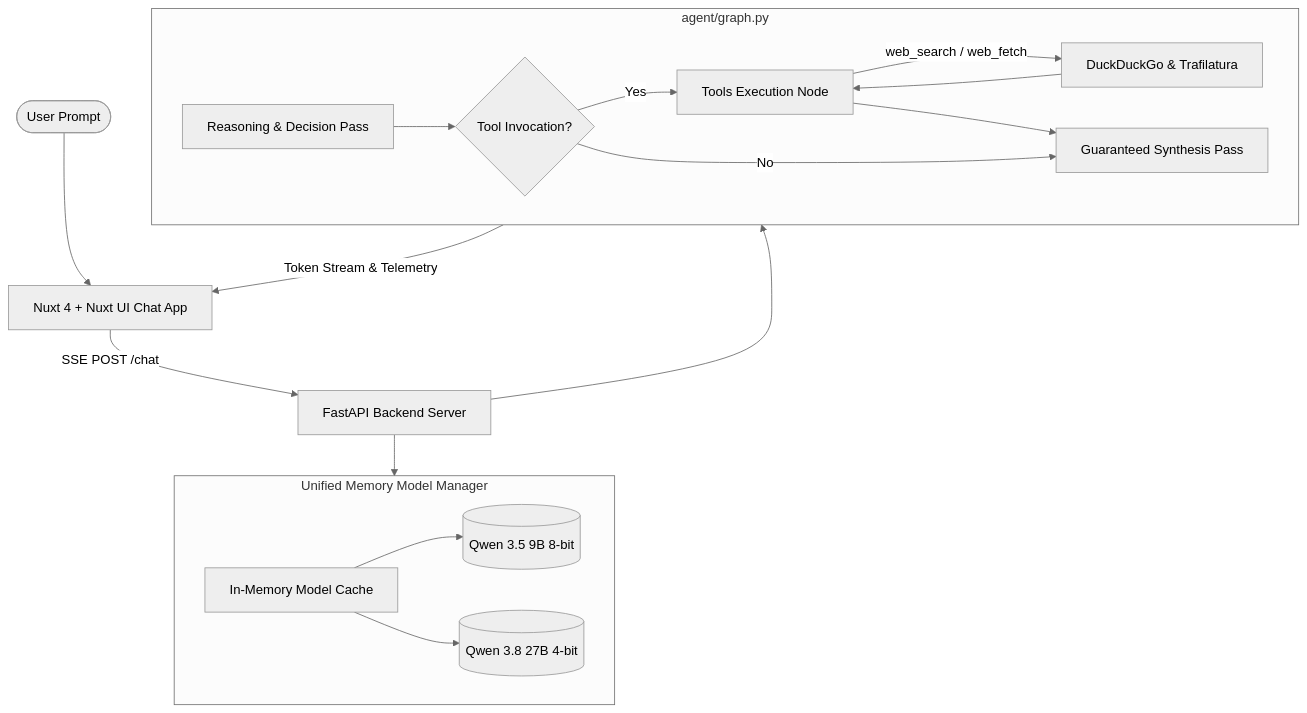
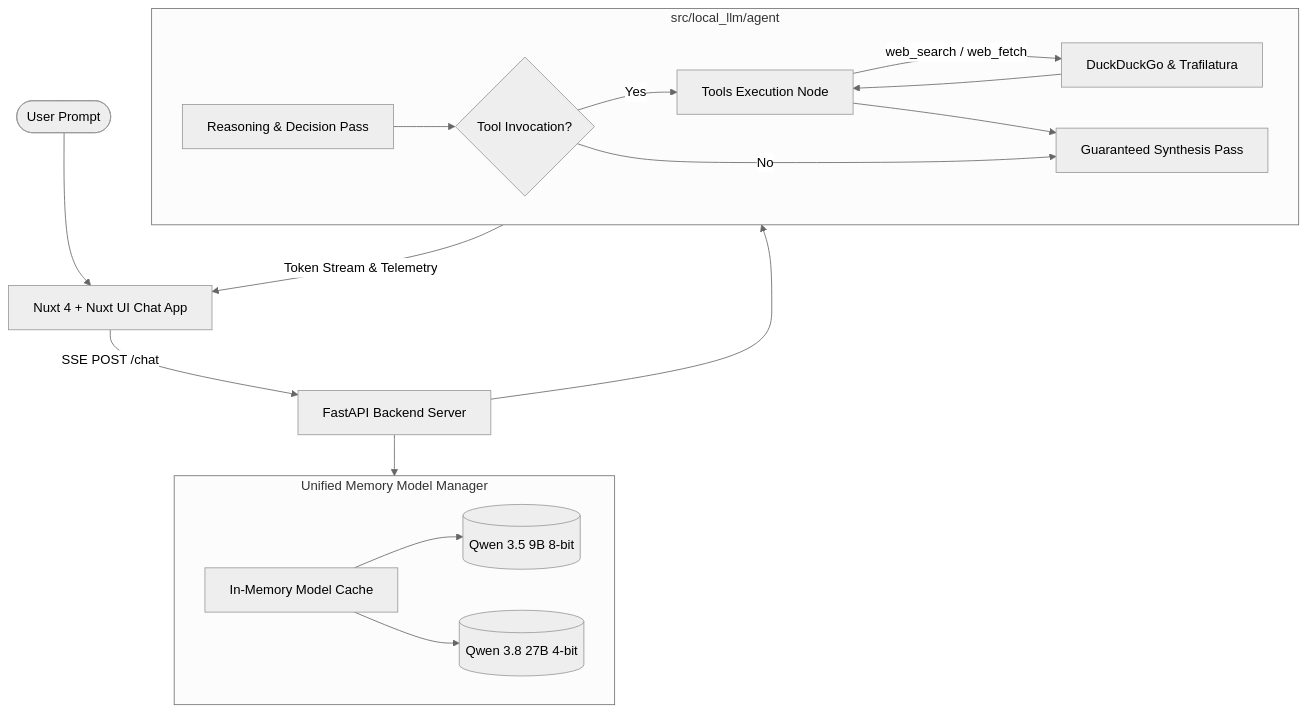
One commit to terryong31/nuxt-chat-open-llm changed the diagram in README.md. Above: the diagram before and after it, drawn with Mermaid (neutral theme). The commit also changed other lines of this file and 35 other files, not shown here.

````diff
--- a/README.md
+++ b/README.md
@@ -48,32 +48,32 @@
 ```mermaid
 graph TD
     User([User Prompt]) --> Frontend[Nuxt 4 + Nuxt UI Chat App]
     Frontend -->|SSE POST /chat| Backend[FastAPI Backend Server]
     
     subgraph ModelManager [Unified Memory Model Manager]
         MM[In-Memory Model Cache]
         Qwen9B[(Qwen 3.5 9B 8-bit)]
         Qwen27B[(Qwen 3.8 27B 4-bit)]
         MM --> Qwen9B
         MM --> Qwen27B
     end
     
     Backend --> ModelManager
     Backend --> AgentEngine[LangGraph ReAct Agent Engine]
     
-    subgraph AgentEngine [agent/graph.py]
+    subgraph AgentEngine [src/local_llm/agent]
         Think[Reasoning & Decision Pass]
         ToolDetect{Tool Invocation?}
         ToolsNode[Tools Execution Node]
         SynthPass[Guaranteed Synthesis Pass]
         
         Think --> ToolDetect
         ToolDetect -- Yes --> ToolsNode
         ToolsNode -->|web_search / web_fetch| ExtTools[DuckDuckGo & Trafilatura]
         ExtTools --> ToolsNode
         ToolsNode --> SynthPass
         ToolDetect -- No --> SynthPass
     end
     
     AgentEngine -->|Token Stream & Telemetry| Frontend
 ```
````
